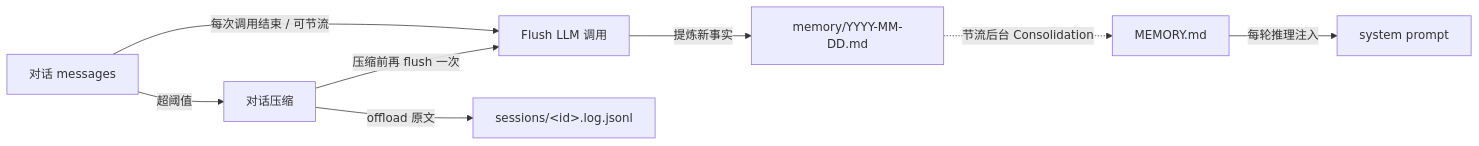
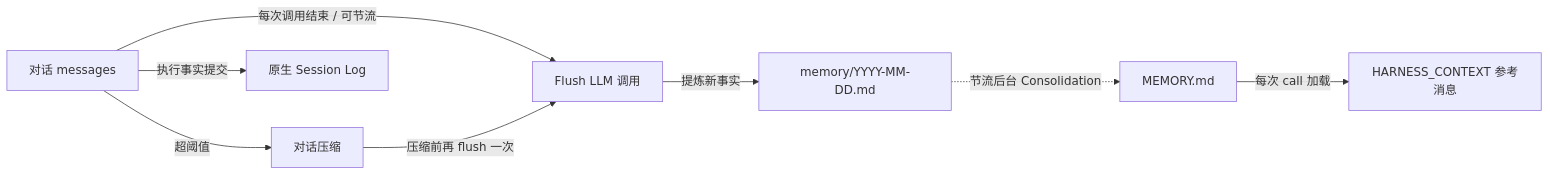
One commit to nexora-dev200/agentscope-java changed the diagram in docs/v2/zh/docs/harness/memory.md. Above: the diagram before and after it, drawn with Mermaid. The commit also changed other lines of this file and 2424 other files, not shown here.

````diff
--- a/docs/v2/zh/docs/harness/memory.md
+++ b/docs/v2/zh/docs/harness/memory.md
@@ -34,11 +34,11 @@
 ```mermaid
 graph LR
     Conv["对话 messages"]
     Conv -->|每次调用结束 / 可节流| Flush["Flush LLM 调用"]
     Flush -->|提炼新事实| Daily["memory/YYYY-MM-DD.md"]
     Conv -->|超阈值| Compactor["对话压缩"]
-    Compactor -->|offload 原文| Sess["sessions/&lt;id&gt;.log.jsonl"]
+    Conv -->|执行事实提交| Sess["原生 Session Log"]
     Compactor -->|压缩前再 flush 一次| Flush
     Daily -. 节流后台 Consolidation .-> MEM["MEMORY.md"]
-    MEM -->|每轮推理注入| SYS["system prompt"]
+    MEM -->|每次 call 加载| SYS["HARNESS_CONTEXT 参考消息"]
 ```
````
